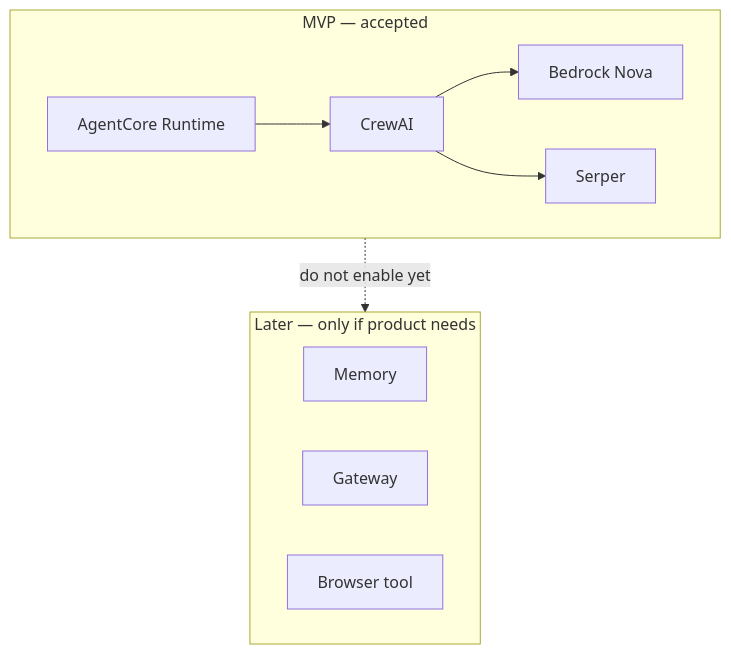
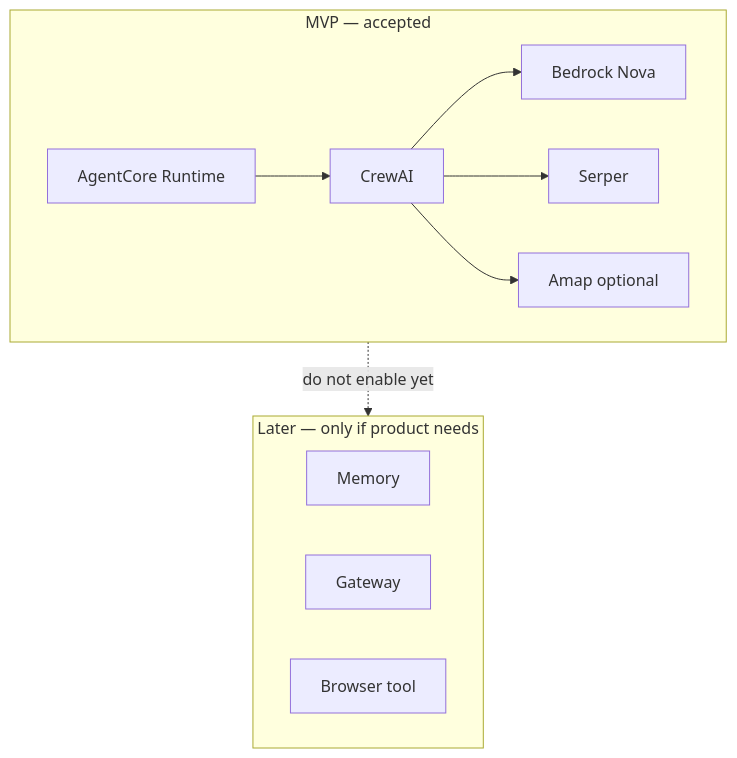
One commit to YukiUmetsu/vacation-planner-crewai changed the second of 2 diagrams in docs/architecture-decisions/003-bff-agentcore-runtime-only.md. Above: the diagram before and after it, drawn with Mermaid. The commit also changed other lines of this file and 104 other files, not shown here.

````diff
--- a/docs/architecture-decisions/003-bff-agentcore-runtime-only.md
+++ b/docs/architecture-decisions/003-bff-agentcore-runtime-only.md
@@ -59,17 +59,18 @@
 ```mermaid
 flowchart TB
   subgraph mvp [MVP — accepted]
     RT[AgentCore Runtime]
     RT --> Crew[CrewAI]
     Crew --> Nova[Bedrock Nova]
     Crew --> Serper[Serper]
+    Crew --> Amap[Amap optional]
   end
 
   subgraph later [Later — only if product needs]
     Mem[Memory]
     Gw[Gateway]
     Br[Browser tool]
   end
 
   mvp -.->|do not enable yet| later
 ```
````
